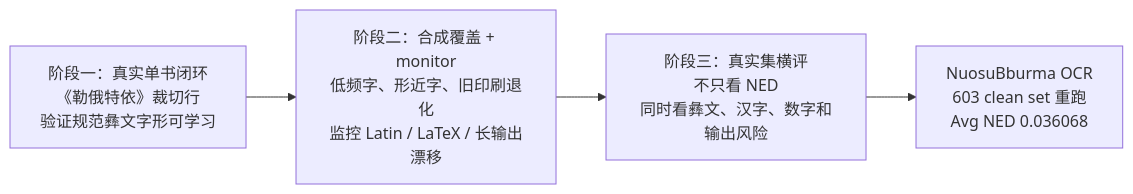
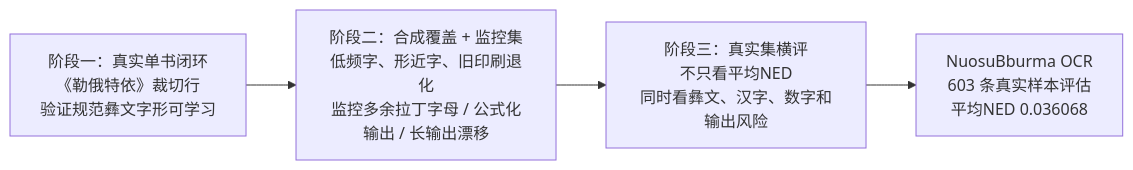
The sixth of 6 diagrams in README.md (nanxidajun/nuosubburma-ocr-paddleocr-vl), drawn with Mermaid before and after one commit. The commit also changed other lines of this file, not shown here.

````diff
--- a/README.md
+++ b/README.md
@@ -103,6 +106,6 @@
 ```mermaid
 flowchart LR
-  A["阶段一：真实单书闭环<br/>《勒俄特依》裁切行<br/>验证规范彝文字形可学习"] --> B["阶段二：合成覆盖 + monitor<br/>低频字、形近字、旧印刷退化<br/>监控 Latin / LaTeX / 长输出漂移"]
-  B --> C["阶段三：真实集横评<br/>不只看 NED<br/>同时看彝文、汉字、数字和输出风险"]
-  C --> D["NuosuBburma OCR<br/>603 clean set 重跑<br/>Avg NED 0.036068"]
+  A["阶段一：真实单书闭环<br/>《勒俄特依》裁切行<br/>验证规范彝文字形可学习"] --> B["阶段二：合成覆盖 + 监控集<br/>低频字、形近字、旧印刷退化<br/>监控多余拉丁字母 / 公式化输出 / 长输出漂移"]
+  B --> C["阶段三：真实集横评<br/>不只看平均NED<br/>同时看彝文、汉字、数字和输出风险"]
+  C --> D["NuosuBburma OCR<br/>603 条真实样本评估<br/>平均NED 0.036068"]
 ```
````
